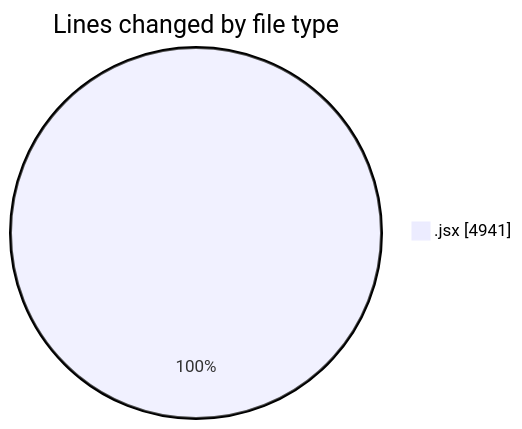
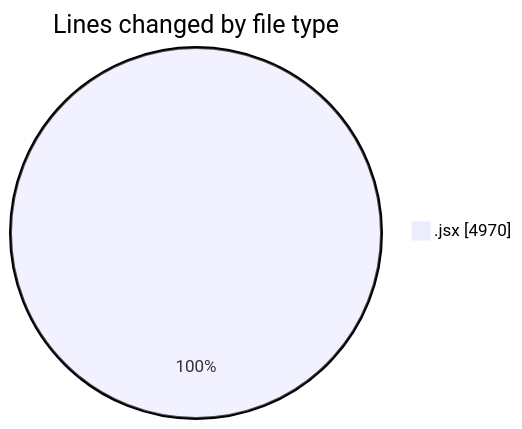
The first of 2 diagrams in 2025-07-08/argos/README.md (nxtqubesakshisongat/code-tracking), drawn with Mermaid before and after one commit. The commit also changed other lines of this file and 1 other file, not shown here.

````diff
--- a/2025-07-08/argos/README.md
+++ b/2025-07-08/argos/README.md
@@ -26,5 +26,5 @@
 ```mermaid
 pie showData
 title Lines changed by file type
-".jsx" : 4941
+".jsx" : 4970
 ```
````
